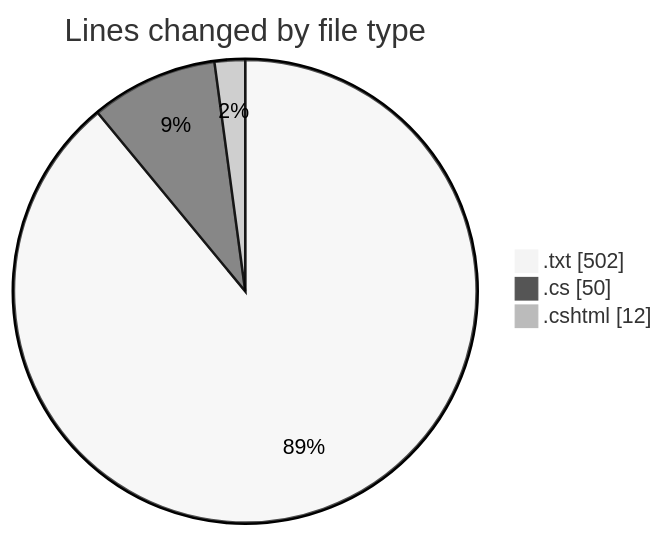
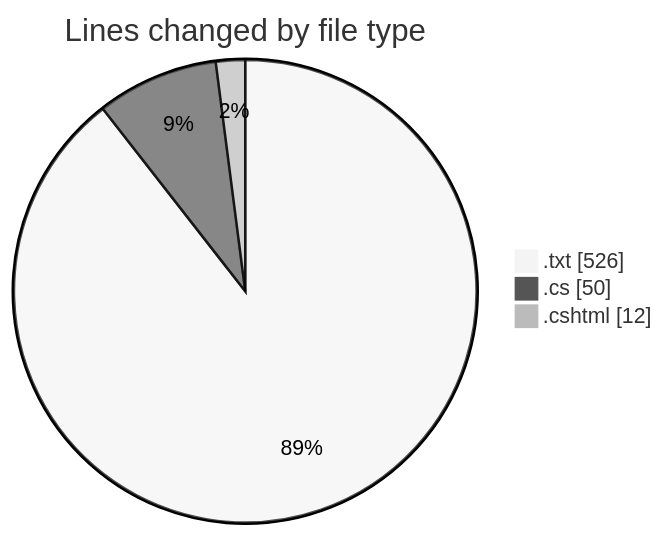
Before and after one commit to lephambinh05/code-tracking: the first of 2 diagrams in 2025-07-26/quanlyrapchieuphim-1/README.md, drawn with Mermaid (neutral theme). The commit also changed other lines of this file and 1 other file, not shown here.

````diff
--- a/2025-07-26/quanlyrapchieuphim-1/README.md
+++ b/2025-07-26/quanlyrapchieuphim-1/README.md
@@ -24,7 +24,7 @@
 ```mermaid
 pie showData
 title Lines changed by file type
-".txt" : 502
+".txt" : 526
 ".cs" : 50
 ".cshtml" : 12
 ```
````
